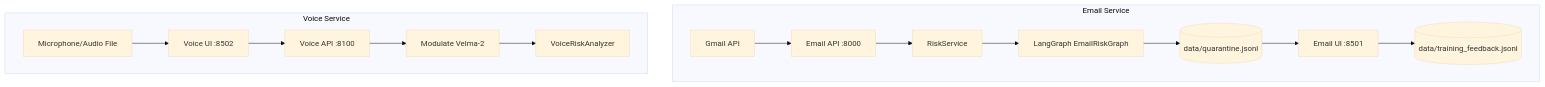
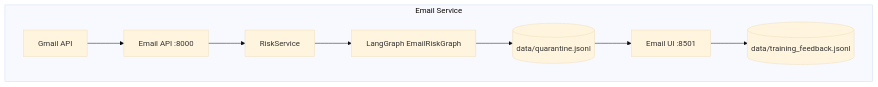
The first of 3 diagrams in README.md (pramodthe/anti-scam.ai), drawn with Mermaid (base theme) before and after one commit. The commit also changed other lines of this file and 56 other files, not shown here.

````diff
--- a/README.md
+++ b/README.md
@@ -22,18 +23,12 @@
 ```mermaid
 graph TB
     subgraph Email Service
         Gmail[Gmail API] --> EmailAPI[Email API :8000]
         EmailAPI --> RiskService[RiskService]
         RiskService --> RiskGraph[LangGraph EmailRiskGraph]
         RiskGraph --> Quarantine[(data/quarantine.jsonl)]
         Quarantine --> EmailUI[Email UI :8501]
         EmailUI --> Feedback[(data/training_feedback.jsonl)]
     end
 
-    subgraph Voice Service
-        Mic[Microphone/Audio File] --> VoiceUI[Voice UI :8502]
-        VoiceUI --> VoiceAPI[Voice API :8100]
-        VoiceAPI --> Modulate[Modulate Velma-2]
-        Modulate --> VoiceAnalyzer[VoiceRiskAnalyzer]
-    end
 ```
````
